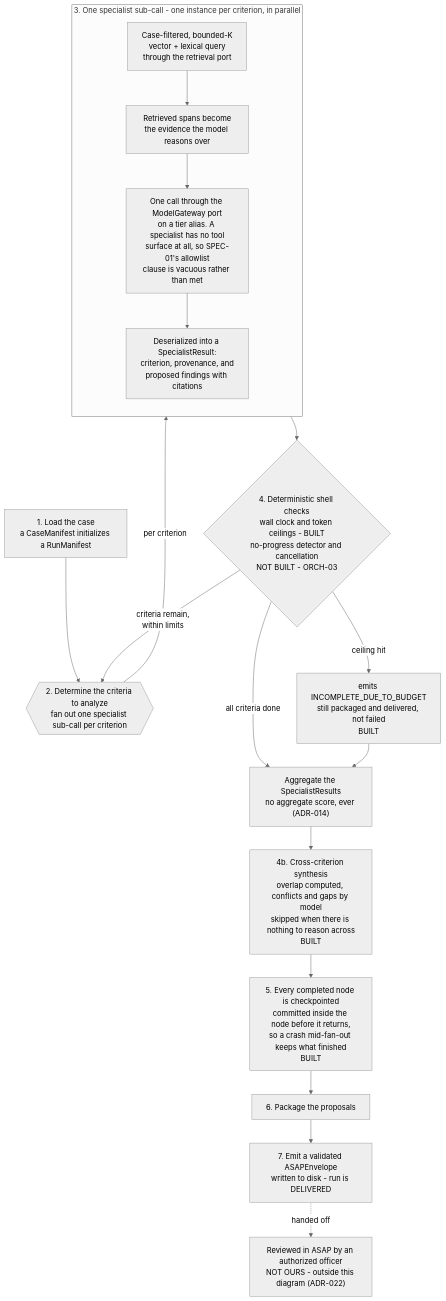
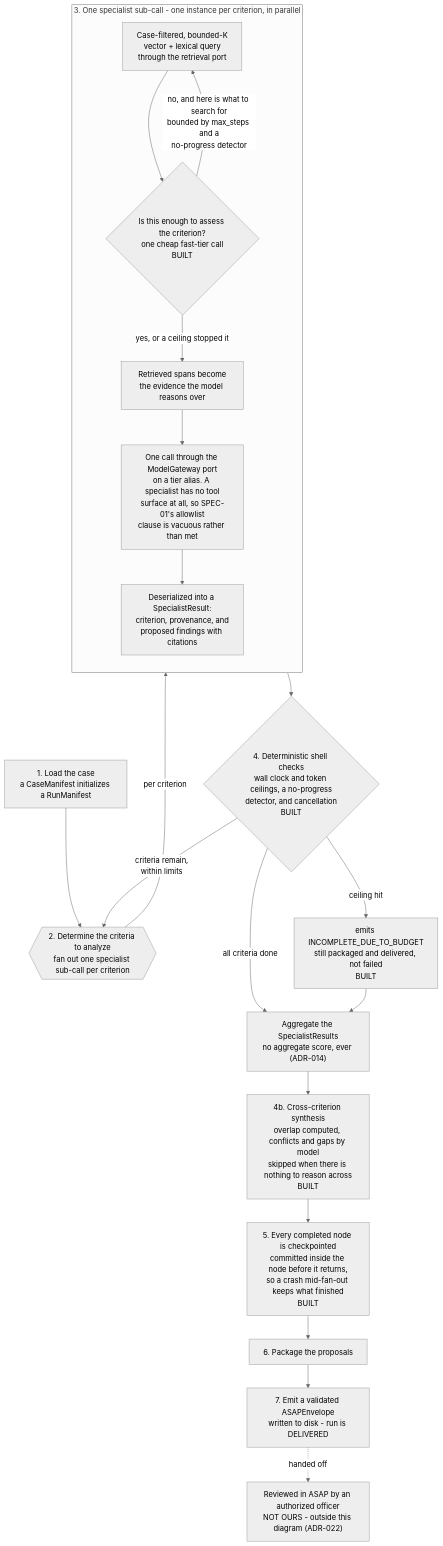
One commit to Amivero-LLC/asap-ireports-poc changed the second of 2 diagrams in docs/handoff/component-architecture.md. Above: the diagram before and after it, drawn with Mermaid (neutral theme). The commit also changed other lines of this file and 18 other files, not shown here.

````diff
--- a/docs/handoff/component-architecture.md
+++ b/docs/handoff/component-architecture.md
@@ -252,34 +252,38 @@
 ```mermaid
 flowchart TD
     STEP1["1. Load the case<br/>a CaseManifest initializes a RunManifest"]
     STEP2{{"2. Determine the criteria to analyze<br/>fan out one specialist sub-call per criterion"}}
 
     subgraph SPECIALIST["3. One specialist sub-call - one instance per criterion, in parallel"]
         direction TB
         STEP3A["Case-filtered, bounded-K<br/>vector + lexical query<br/>through the retrieval port"]
+        STEP3LOOP{"Is this enough to assess the criterion?<br/>one cheap fast-tier call<br/>BUILT"}
         STEP3B["Retrieved spans become<br/>the evidence the model reasons over"]
         STEP3C["One call through the ModelGateway port<br/>on a tier alias. A specialist has no tool<br/>surface at all, so SPEC-01's allowlist<br/>clause is vacuous rather than met"]
         STEP3D["Deserialized into a SpecialistResult:<br/>criterion, provenance, and<br/>proposed findings with citations"]
-        STEP3A --> STEP3B --> STEP3C --> STEP3D
+        STEP3A --> STEP3LOOP
+        STEP3LOOP -- "no, and here is what to search for<br/>bounded by max_steps and a<br/>no-progress detector" --> STEP3A
+        STEP3LOOP -- "yes, or a ceiling stopped it" --> STEP3B
+        STEP3B --> STEP3C --> STEP3D
     end
 
-    SHELL{"4. Deterministic shell checks<br/>wall clock and token ceilings - BUILT<br/>no-progress detector and cancellation<br/>NOT BUILT - ORCH-03"}
+    SHELL{"4. Deterministic shell checks<br/>wall clock and token ceilings, a no-progress<br/>detector, and cancellation<br/>BUILT"}
     BUDGETSTOP["emits INCOMPLETE_DUE_TO_BUDGET<br/>still packaged and delivered, not failed<br/>BUILT"]
     AGG["Aggregate the SpecialistResults<br/>no aggregate score, ever (ADR-014)"]
     SYNTH["4b. Cross-criterion synthesis<br/>overlap computed, conflicts and gaps by model<br/>skipped when there is nothing to reason across<br/>BUILT"]
     STEP5["5. Every completed node is checkpointed<br/>committed inside the node before it returns,<br/>so a crash mid-fan-out keeps what finished<br/>BUILT"]
     STEP6["6. Package the proposals"]
     STEP7B["7. Emit a validated ASAPEnvelope<br/>written to disk - run is DELIVERED"]
     ASAPREVIEW["Reviewed in ASAP by an authorized officer<br/>NOT OURS - outside this diagram (ADR-022)"]
 
     STEP1 --> STEP2
     STEP2 -- "per criterion" --> SPECIALIST
     SPECIALIST --> SHELL
     SHELL -- "criteria remain,<br/>within limits" --> STEP2
     SHELL -- "ceiling hit" --> BUDGETSTOP
     SHELL -- "all criteria done" --> AGG
     BUDGETSTOP --> AGG
     AGG --> SYNTH --> STEP5 --> STEP6
     STEP6 --> STEP7B
     STEP7B -. "handed off" .-> ASAPREVIEW
 ```
````
